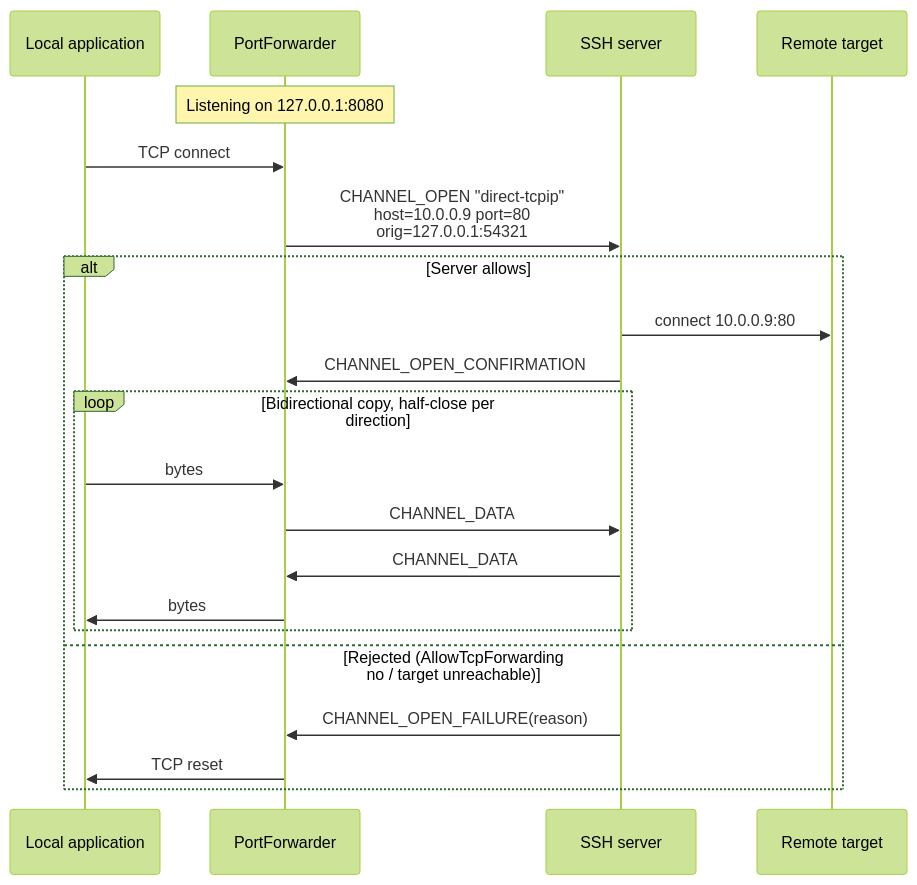
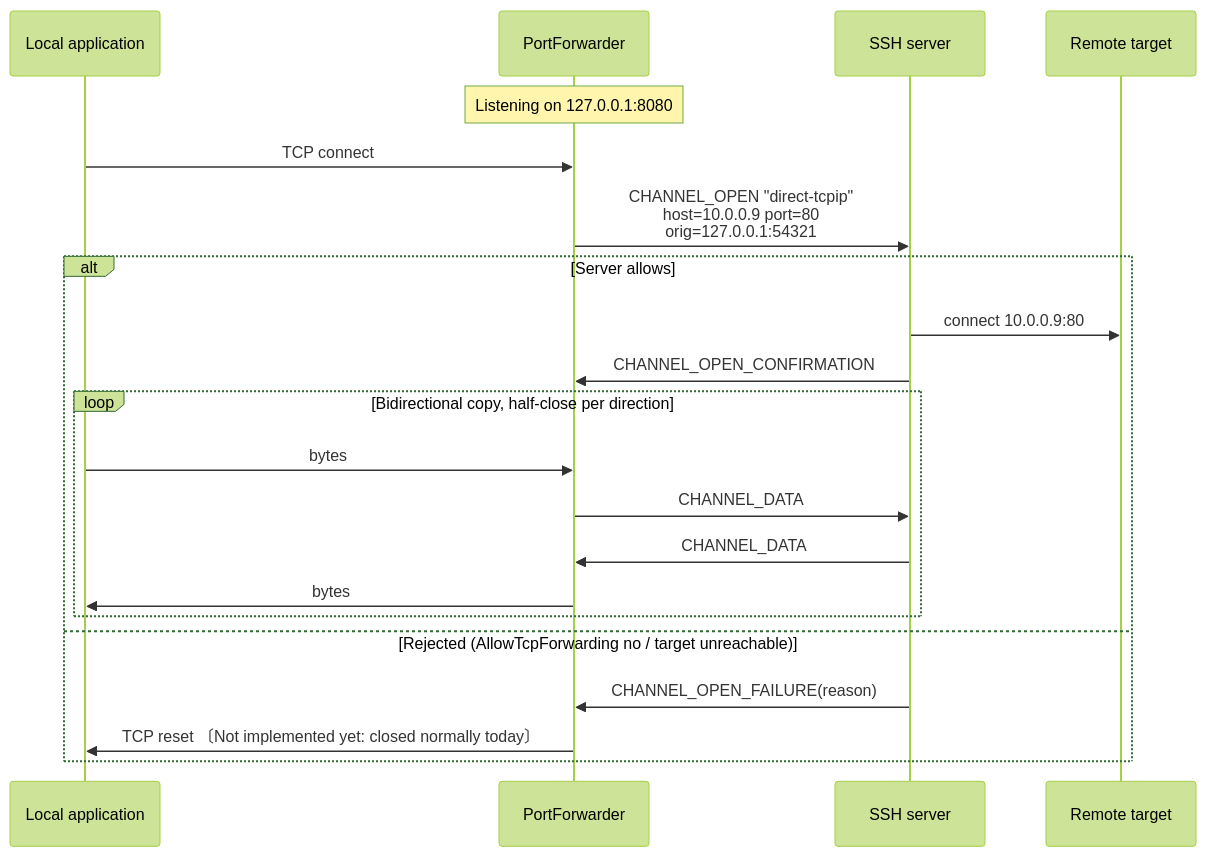
One commit to VelaShellLabs/velashell-docs changed the first of 2 diagrams in en/ssh/spec/07-forwarding.md. Above: the diagram before and after it, drawn with Mermaid (forest theme). The commit also changed other lines of this file and 19 other files, not shown here.

````diff
--- a/en/ssh/spec/07-forwarding.md
+++ b/en/ssh/spec/07-forwarding.md
@@ -30,24 +30,24 @@
 ```mermaid
 sequenceDiagram
     participant App as Local application
     participant F as PortForwarder
     participant S as SSH server
     participant T as Remote target
 
     Note over F: Listening on 127.0.0.1:8080
     App->>F: TCP connect
     F->>S: CHANNEL_OPEN "direct-tcpip"<br/>host=10.0.0.9 port=80<br/>orig=127.0.0.1:54321
     alt Server allows
         S->>T: connect 10.0.0.9:80
         S->>F: CHANNEL_OPEN_CONFIRMATION
         loop Bidirectional copy, half-close per direction
             App->>F: bytes
             F->>S: CHANNEL_DATA
             S->>F: CHANNEL_DATA
             F->>App: bytes
         end
     else Rejected (AllowTcpForwarding no / target unreachable)
         S->>F: CHANNEL_OPEN_FAILURE(reason)
-        F->>App: TCP reset
+        F->>App: TCP reset 〔Not implemented yet: closed normally today〕
     end
 ```
````
